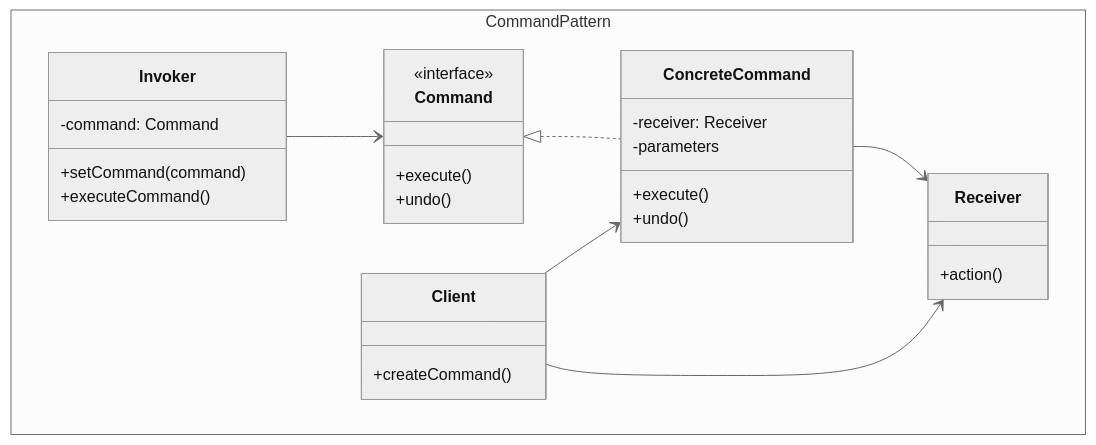
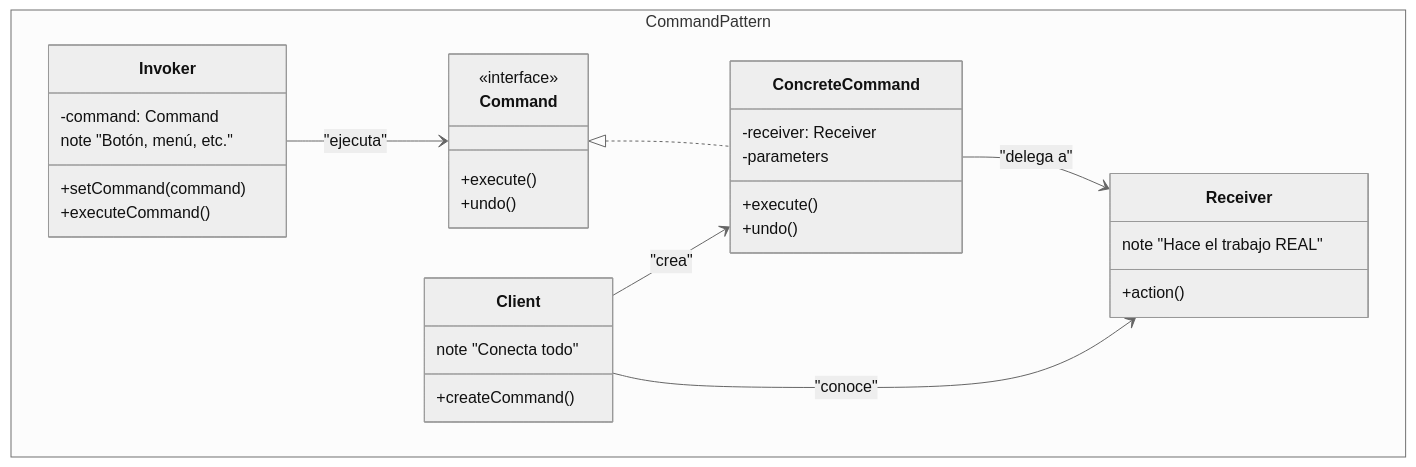
Before and after one commit to JheisonMB/software-patterns-guide: the first of 3 diagrams in patrones-diseno/comportamiento/patterns/Command.md, drawn with Mermaid (neutral theme). The commit also changed other lines of this file and 22 other files, not shown here.

````diff
--- a/patrones-diseno/comportamiento/patterns/Command.md
+++ b/patrones-diseno/comportamiento/patterns/Command.md
@@ -25,37 +40,40 @@
 ```mermaid
 classDiagram
     namespace CommandPattern {
         class Command {
             <<interface>>
             +execute()
             +undo()
         }
         
         class ConcreteCommand {
             -receiver: Receiver
             -parameters
             +execute()
             +undo()
         }
         
         class Receiver {
             +action()
+            note "Hace el trabajo REAL"
         }
         
         class Invoker {
             -command: Command
             +setCommand(command)
             +executeCommand()
+            note "Botón, menú, etc."
         }
         
         class Client {
             +createCommand()
+            note "Conecta todo"
         }
     }
     
     Command <|.. ConcreteCommand
-    ConcreteCommand --> Receiver
-    Invoker --> Command
-    Client --> ConcreteCommand
-    Client --> Receiver
+    ConcreteCommand --> Receiver : "delega a"
+    Invoker --> Command : "ejecuta"
+    Client --> ConcreteCommand : "crea"
+    Client --> Receiver : "conoce"
 ```
````
